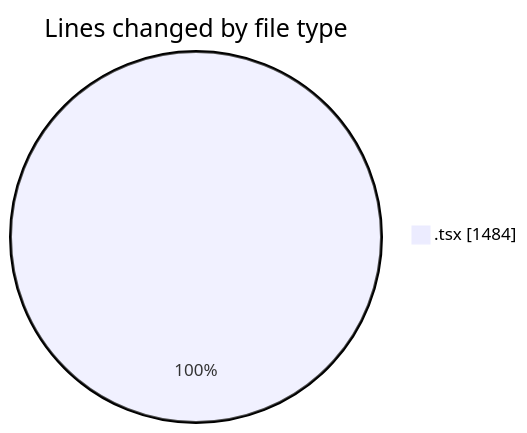
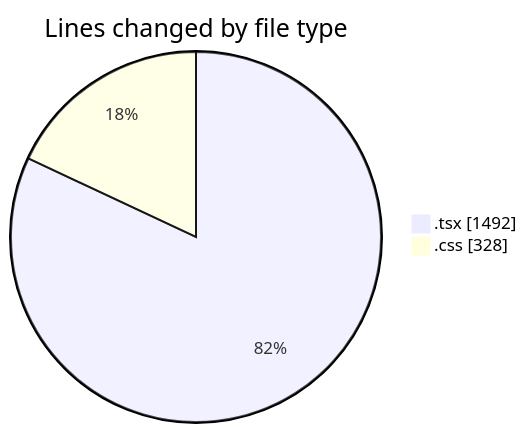
Before and after one commit to julien-gomy/code-tracking: the first of 2 diagrams in 2025-10-10/eventscop-frontend-guide__workspace_/README.md, drawn with Mermaid. The commit also changed other lines of this file and 1 other file, not shown here.

````diff
--- a/2025-10-10/eventscop-frontend-guide__workspace_/README.md
+++ b/2025-10-10/eventscop-frontend-guide__workspace_/README.md
@@ -24,5 +25,6 @@
 ```mermaid
 pie showData
 title Lines changed by file type
-".tsx" : 1484
+".tsx" : 1492
+".css" : 328
 ```
````
